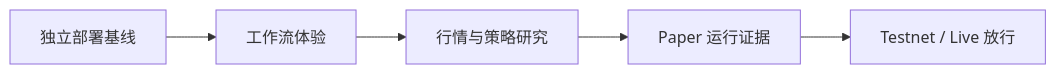
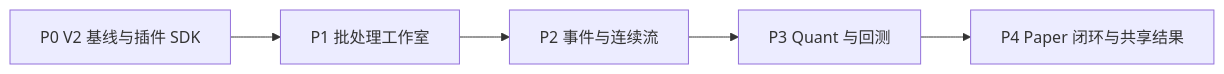
One commit to CoderLTS/coinsphere-go changed the diagram in docs/roadmap/README.md. Above: the diagram before and after it, drawn with Mermaid. The commit also changed other lines of this file and 32 other files, not shown here.

````diff
--- a/docs/roadmap/README.md
+++ b/docs/roadmap/README.md
@@ -9,7 +16,7 @@
 ```mermaid
 flowchart LR
-    BASE["独立部署基线"] --> FLOW["工作流体验"]
-    FLOW --> RESEARCH["行情与策略研究"]
-    RESEARCH --> PAPER["Paper 运行证据"]
-    PAPER --> PRIVATE["Testnet / Live 放行"]
+    P0["P0 V2 基线与插件 SDK"] --> P1["P1 批处理工作室"]
+    P1 --> P2["P2 事件与连续流"]
+    P2 --> P3["P3 Quant 与回测"]
+    P3 --> P4["P4 Paper 闭环与共享结果"]
 ```
````
